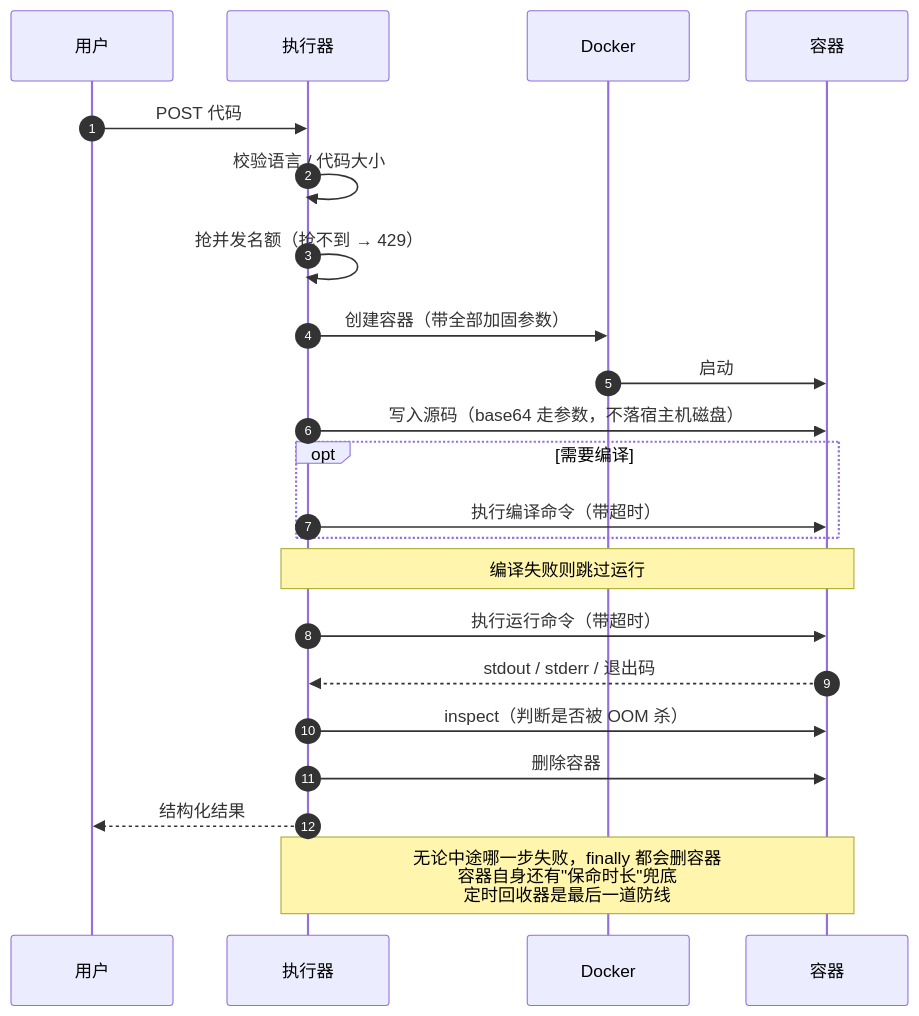
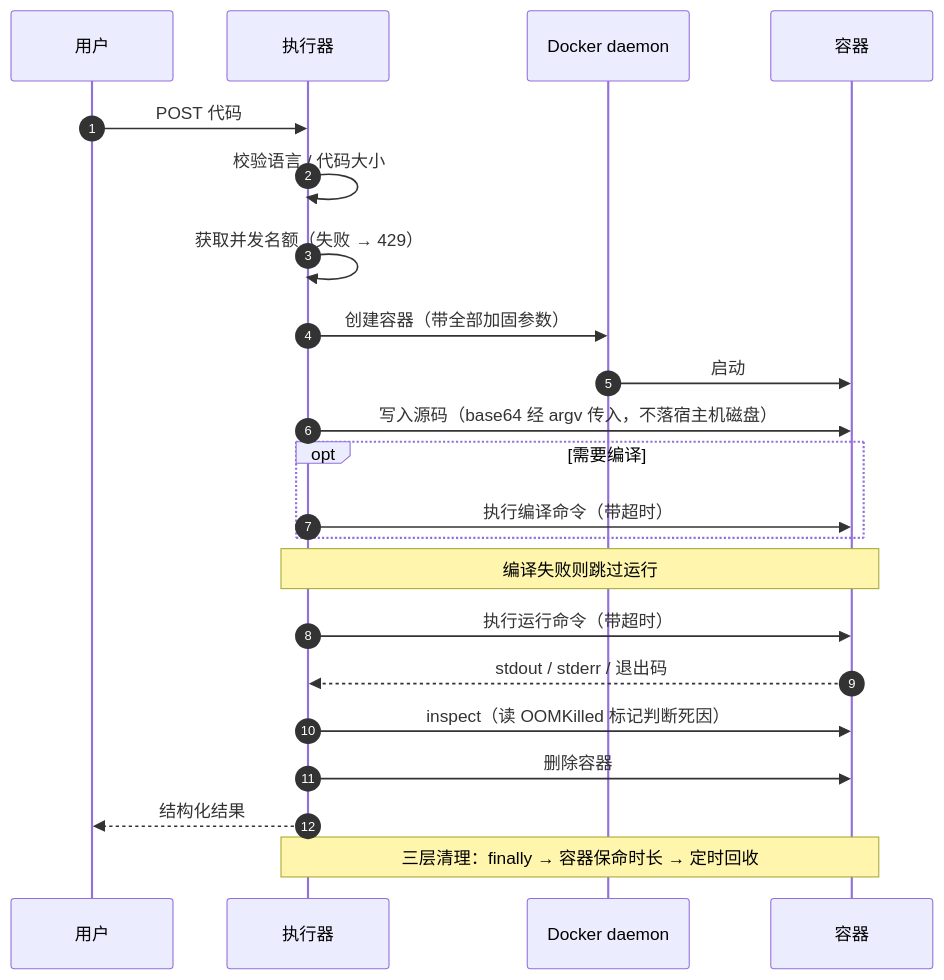
The second of 2 diagrams in docs/01-需求分析和设计.md (ChenChen913/code-executor), drawn with Mermaid before and after one commit. The commit also changed other lines of this file and 1 other file, not shown here.

````diff
--- a/docs/01-需求分析和设计.md
+++ b/docs/01-需求分析和设计.md
@@ -1034,25 +1046,25 @@
 ```mermaid
 sequenceDiagram
     autonumber
     participant U as 用户
     participant B as 执行器
-    participant D as Docker
+    participant D as Docker daemon
     participant C as 容器
 
     U->>B: POST 代码
     B->>B: 校验语言 / 代码大小
-    B->>B: 抢并发名额（抢不到 → 429）
+    B->>B: 获取并发名额（失败 → 429）
     B->>D: 创建容器（带全部加固参数）
     D->>C: 启动
-    B->>C: 写入源码（base64 走参数，不落宿主机磁盘）
+    B->>C: 写入源码（base64 经 argv 传入，不落宿主机磁盘）
     opt 需要编译
         B->>C: 执行编译命令（带超时）
     end
     Note over B,C: 编译失败则跳过运行
     B->>C: 执行运行命令（带超时）
     C-->>B: stdout / stderr / 退出码
-    B->>C: inspect（判断是否被 OOM 杀）
+    B->>C: inspect（读 OOMKilled 标记判断死因）
     B->>C: 删除容器
     B-->>U: 结构化结果
-    Note over B,C: 无论中途哪一步失败，finally 都会删容器<br/>容器自身还有"保命时长"兜底<br/>定时回收器是最后一道防线
+    Note over B,C: 三层清理：finally → 容器保命时长 → 定时回收
 ```
````
